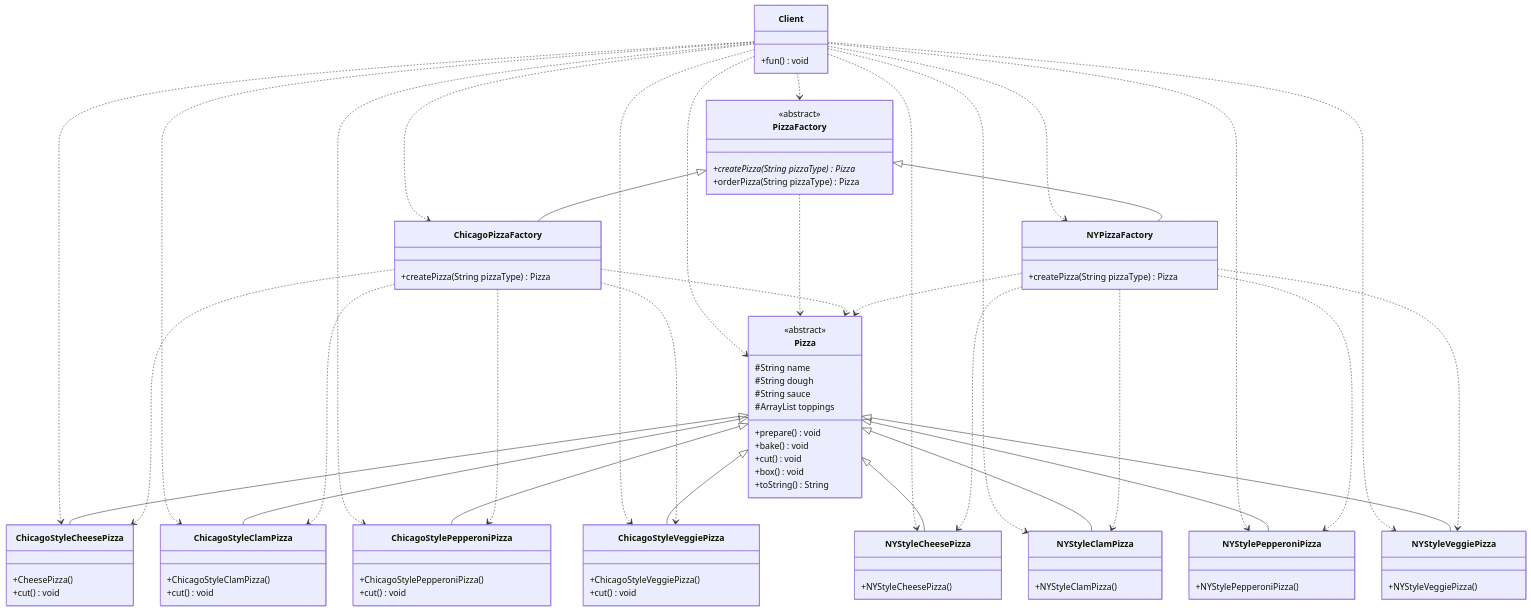
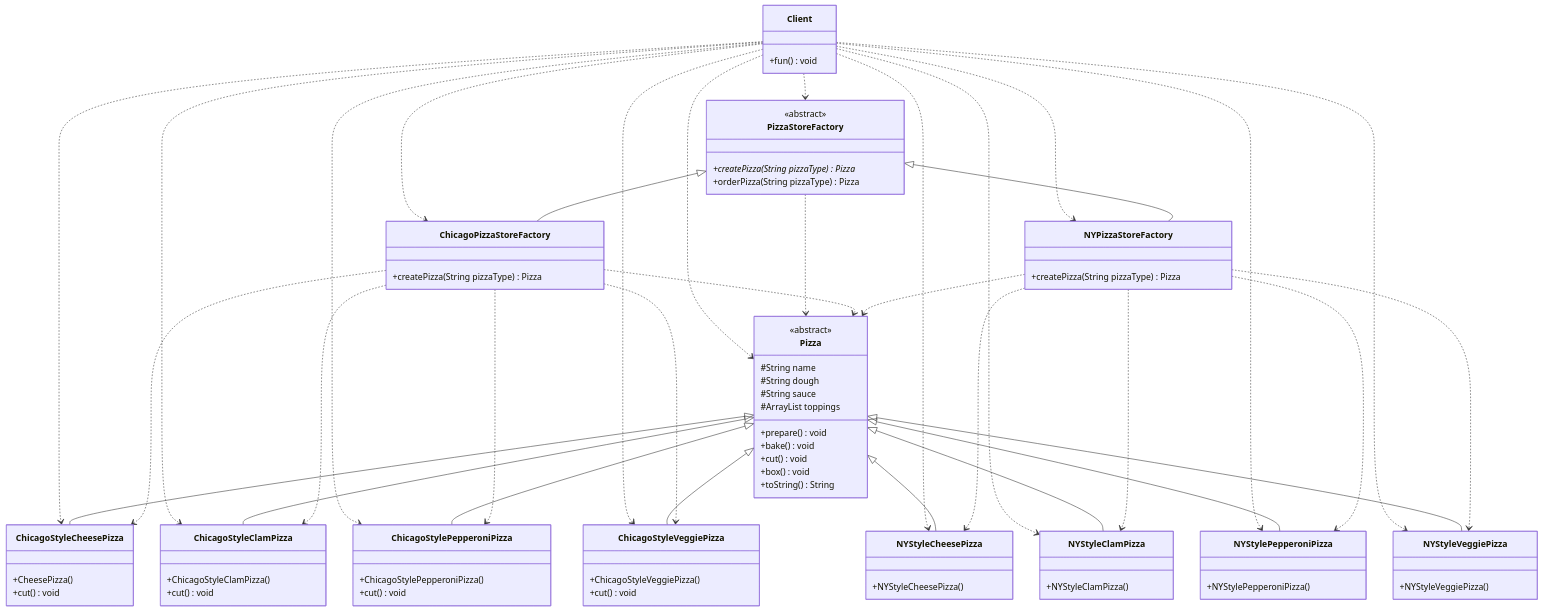
Before and after one commit to lingwh1995/books: diagram 20 of 20 in general/designpattern/designpattern-java/designpattern-java.md, drawn with Mermaid. The commit also changed other lines of this file, not shown here.

````diff
--- a/general/designpattern/designpattern-java/designpattern-java.md
+++ b/general/designpattern/designpattern-java/designpattern-java.md
@@ -1128,9 +1209,9 @@
     Client ..> NYStyleClamPizza
     Client ..> NYStylePepperoniPizza
     Client ..> NYStyleVeggiePizza
-    Client ..> PizzaFactory
-    Client ..> NYPizzaFactory
-    Client ..> ChicagoPizzaFactory
+    Client ..> PizzaStoreFactory
+    Client ..> NYPizzaStoreFactory
+    Client ..> ChicagoPizzaStoreFactory
     Pizza <|-- ChicagoStyleCheesePizza
     Pizza <|-- ChicagoStyleClamPizza
     Pizza <|-- ChicagoStylePepperoniPizza
@@ -1139,19 +1220,19 @@
     Pizza <|-- NYStyleClamPizza
     Pizza <|-- NYStylePepperoniPizza
     Pizza <|-- NYStyleVeggiePizza
-    PizzaFactory <|-- ChicagoPizzaFactory
-    PizzaFactory <|-- NYPizzaFactory
-    PizzaFactory ..> Pizza
-    ChicagoPizzaFactory ..> Pizza
-    ChicagoPizzaFactory ..> ChicagoStyleCheesePizza
-    ChicagoPizzaFactory ..> ChicagoStyleClamPizza
-    ChicagoPizzaFactory ..> ChicagoStylePepperoniPizza
-    ChicagoPizzaFactory ..> ChicagoStyleVeggiePizza
-    NYPizzaFactory ..> Pizza
-    NYPizzaFactory ..> NYStyleCheesePizza
-    NYPizzaFactory ..> NYStyleClamPizza
-    NYPizzaFactory ..> NYStylePepperoniPizza
-    NYPizzaFactory ..> NYStyleVeggiePizza
+    PizzaStoreFactory <|-- ChicagoPizzaStoreFactory
+    PizzaStoreFactory <|-- NYPizzaStoreFactory
+    PizzaStoreFactory ..> Pizza
+    ChicagoPizzaStoreFactory ..> Pizza
+    ChicagoPizzaStoreFactory ..> ChicagoStyleCheesePizza
+    ChicagoPizzaStoreFactory ..> ChicagoStyleClamPizza
+    ChicagoPizzaStoreFactory ..> ChicagoStylePepperoniPizza
+    ChicagoPizzaStoreFactory ..> ChicagoStyleVeggiePizza
+    NYPizzaStoreFactory ..> Pizza
+    NYPizzaStoreFactory ..> NYStyleCheesePizza
+    NYPizzaStoreFactory ..> NYStyleClamPizza
+    NYPizzaStoreFactory ..> NYStylePepperoniPizza
+    NYPizzaStoreFactory ..> NYStyleVeggiePizza
     class Pizza {
         #String name
 	    #String dough
@@ -1191,19 +1272,19 @@
     class NYStyleVeggiePizza {
         +NYStyleVeggiePizza()
     }
-    class PizzaFactory {
+    class PizzaStoreFactory {
         +createPizza(String pizzaType)* Pizza
         +orderPizza(String pizzaType) Pizza
     }
-    class ChicagoPizzaFactory {
+    class ChicagoPizzaStoreFactory {
         +createPizza(String pizzaType) Pizza
     }
-    class NYPizzaFactory {
+    class NYPizzaStoreFactory {
         +createPizza(String pizzaType) Pizza
     }
     class Client {
         +fun() void
     }
     <<abstract>> Pizza
-    <<abstract>> PizzaFactory
+    <<abstract>> PizzaStoreFactory
 ```
````
